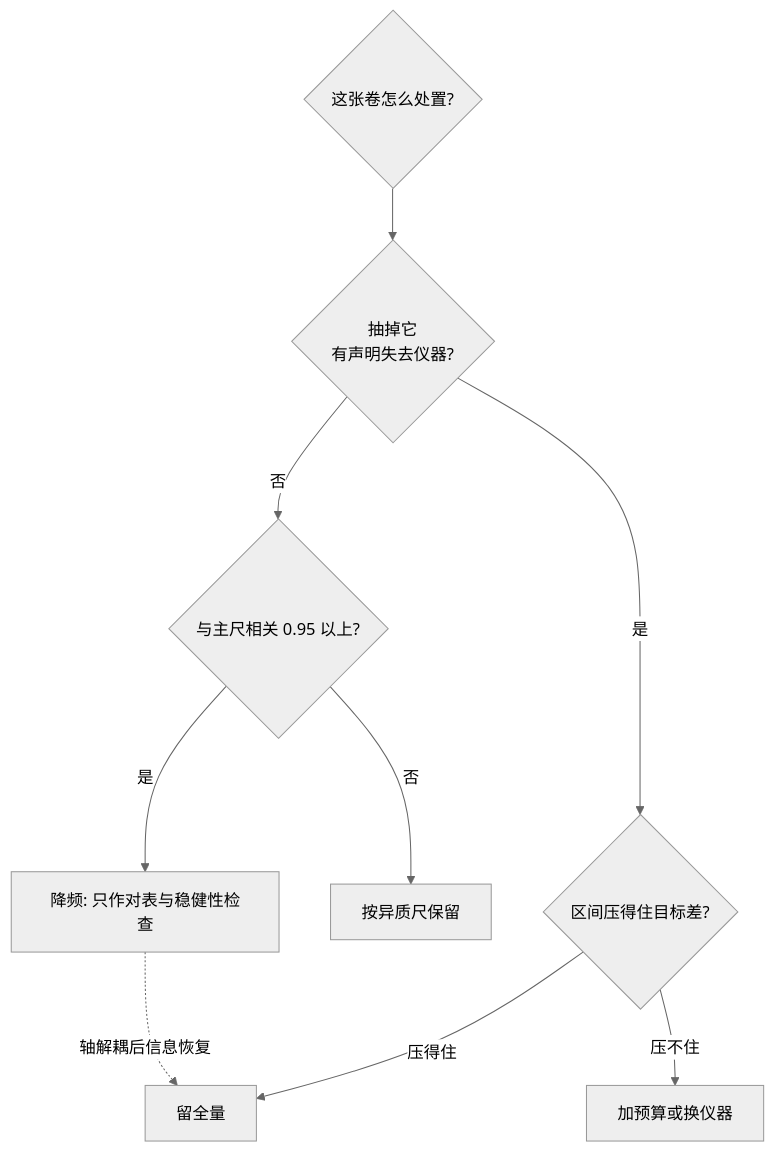
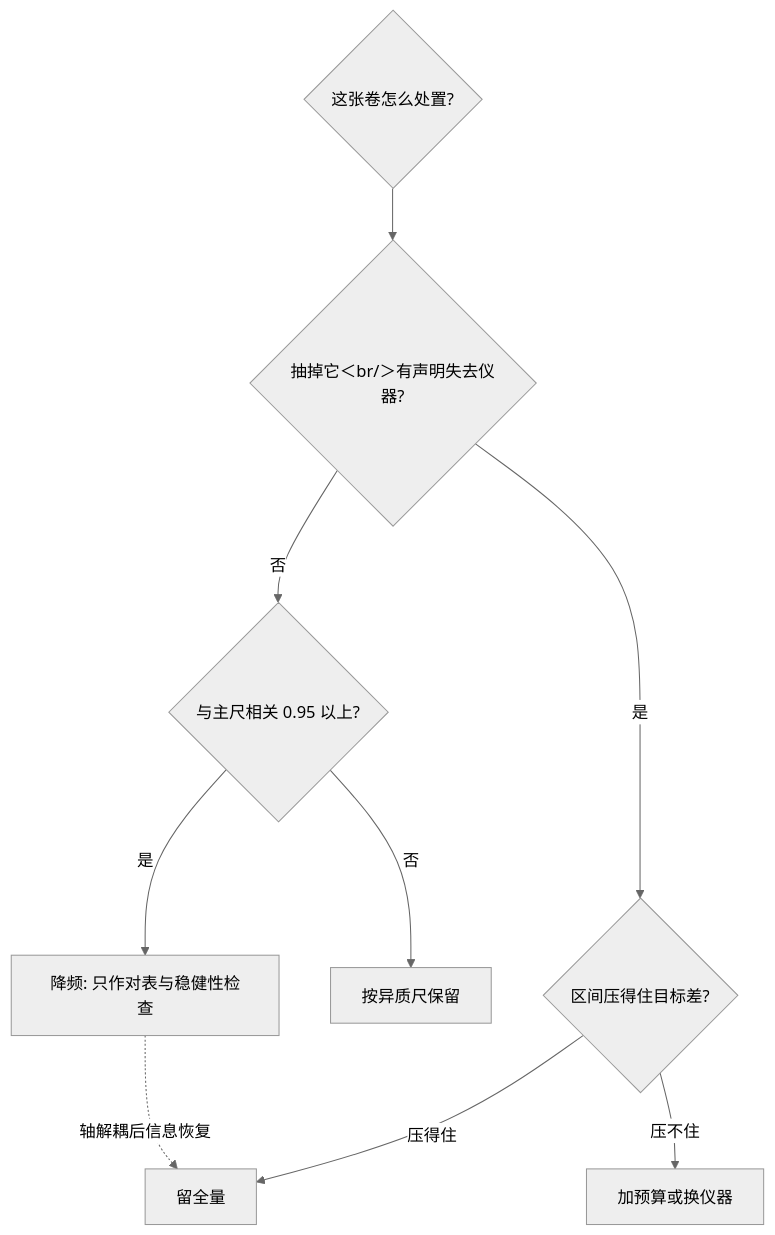
Before and after one commit to xhongduo-tech/xhongduo-tech.github.io: the second of 2 diagrams in docs/llm/ef-eval-portfolio.md, drawn with Mermaid (neutral theme). The commit also changed 291 other files, not shown here.

Commit message:
Normalize lesson titles to tree names and repair mermaid arrow/quote syntax site-wide.

````diff
--- a/docs/llm/ef-eval-portfolio.md
+++ b/docs/llm/ef-eval-portfolio.md
@@ -39,11 +39,11 @@
 ```mermaid
 flowchart TD
-  Q0{"这张卷怎么处置?"} --> Q1{"抽掉它<br/>有声明失去仪器?"}
+  Q0{"这张卷怎么处置?"} --> Q1{"抽掉它＜br/＞有声明失去仪器?"}
   Q1 -->|"否"| Q2{"与主尺相关 0.95 以上?"}
   Q1 -->|"是"| Q3{"区间压得住目标差?"}
   Q2 -->|"是"| F["降频: 只作对表与稳健性检查"]
   Q2 -->|"否"| H["按异质尺保留"]
   Q3 -->|"压得住"| FULL["留全量"]
   Q3 -->|"压不住"| BUD["加预算或换仪器"]
   F -.->|"轴解耦后信息恢复"| FULL
 ```
````
